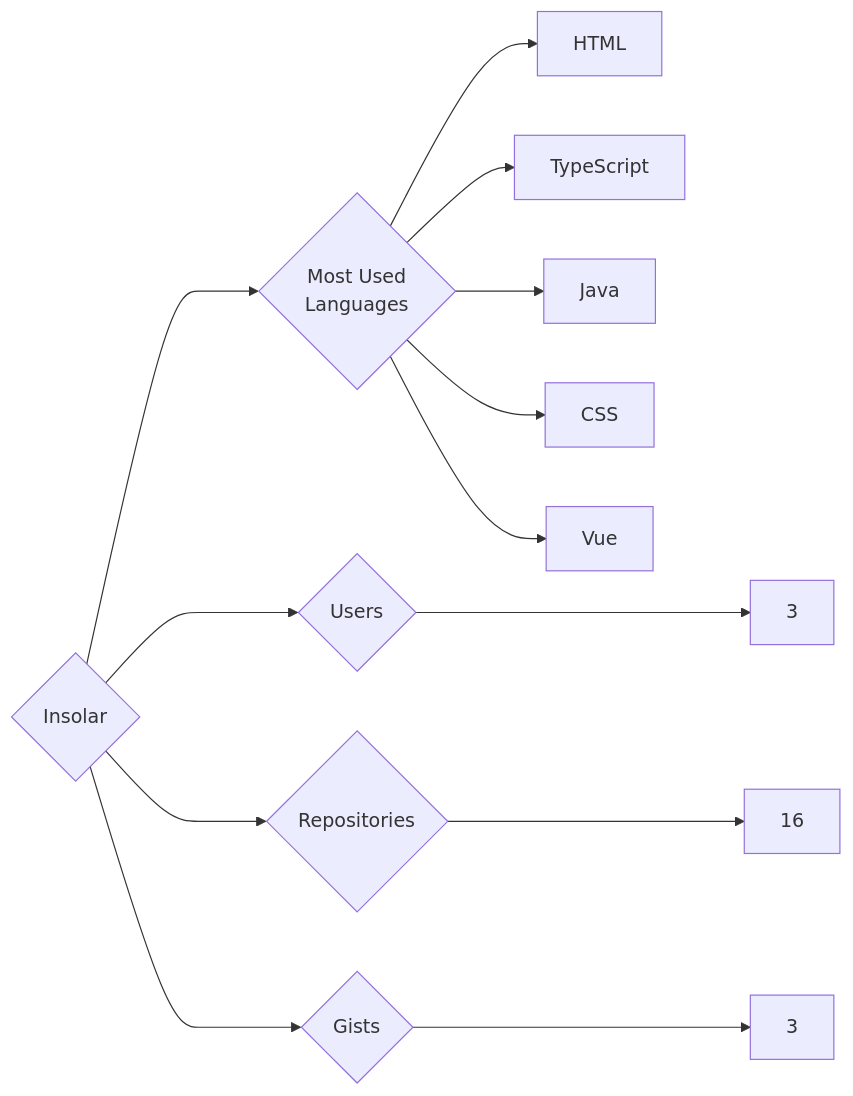
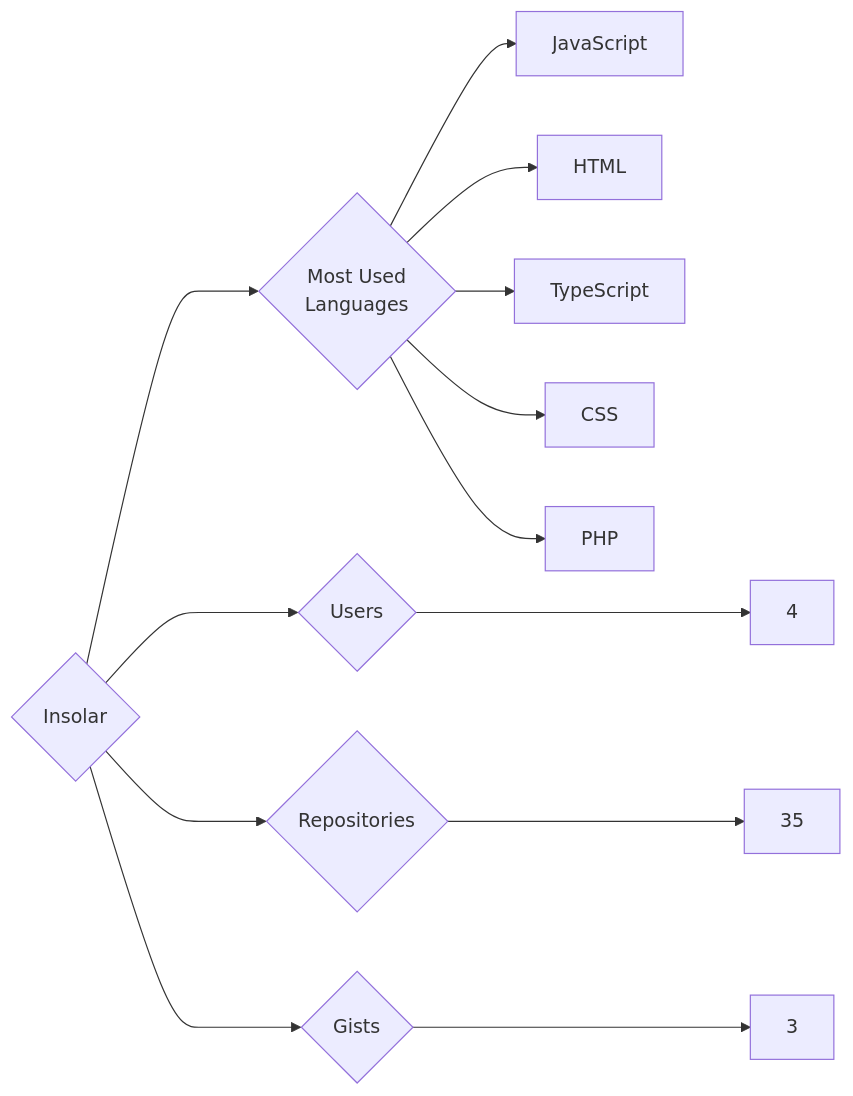
The diagram in targets/Insolar/README.md (trickest/insiders), drawn with Mermaid before and after one commit. The commit also changed 545 other files, not shown here.

````diff
--- a/targets/Insolar/README.md
+++ b/targets/Insolar/README.md
@@ -3,13 +3,13 @@
 ```mermaid
 graph LR
 COMPANY_NAME{Insolar}
-COMPANY_NAME ---> U{Users} ---> UN[3]
-COMPANY_NAME ---> R{Repositories} ---> RN[16]
+COMPANY_NAME ---> U{Users} ---> UN[4]
+COMPANY_NAME ---> R{Repositories} ---> RN[35]
 COMPANY_NAME ---> G{Gists} ---> GN[3]
 COMPANY_NAME ---> ML{Most Used<br>Languages}
+ML --> JavaScript[JavaScript]
 ML --> HTML[HTML]
 ML --> TypeScript[TypeScript]
-ML --> Java[Java]
 ML --> CSS[CSS]
-ML --> Vue[Vue]
+ML --> PHP[PHP]
 ```
````
